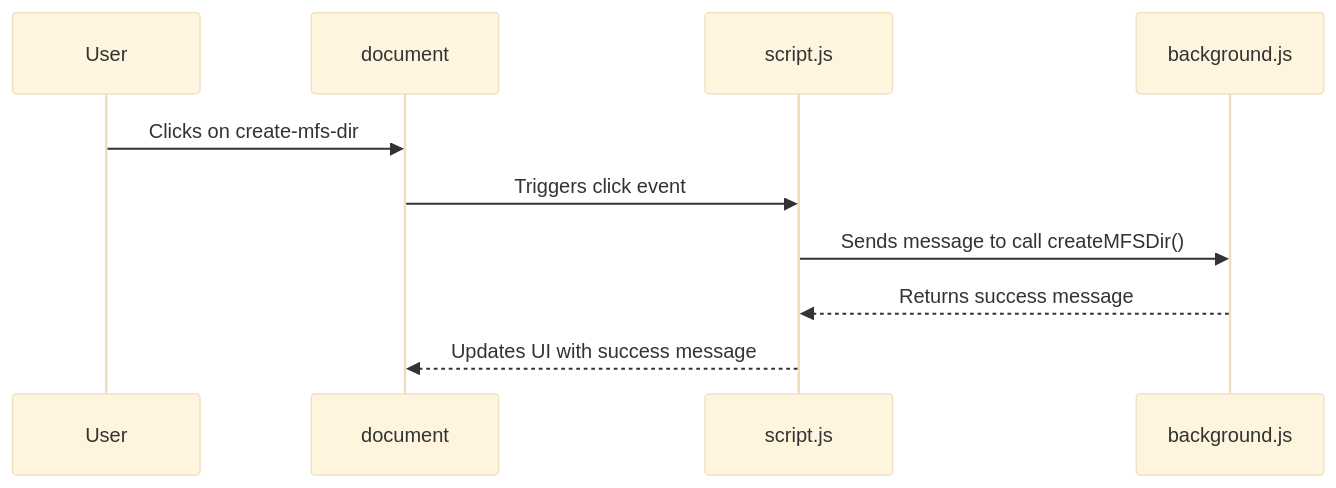
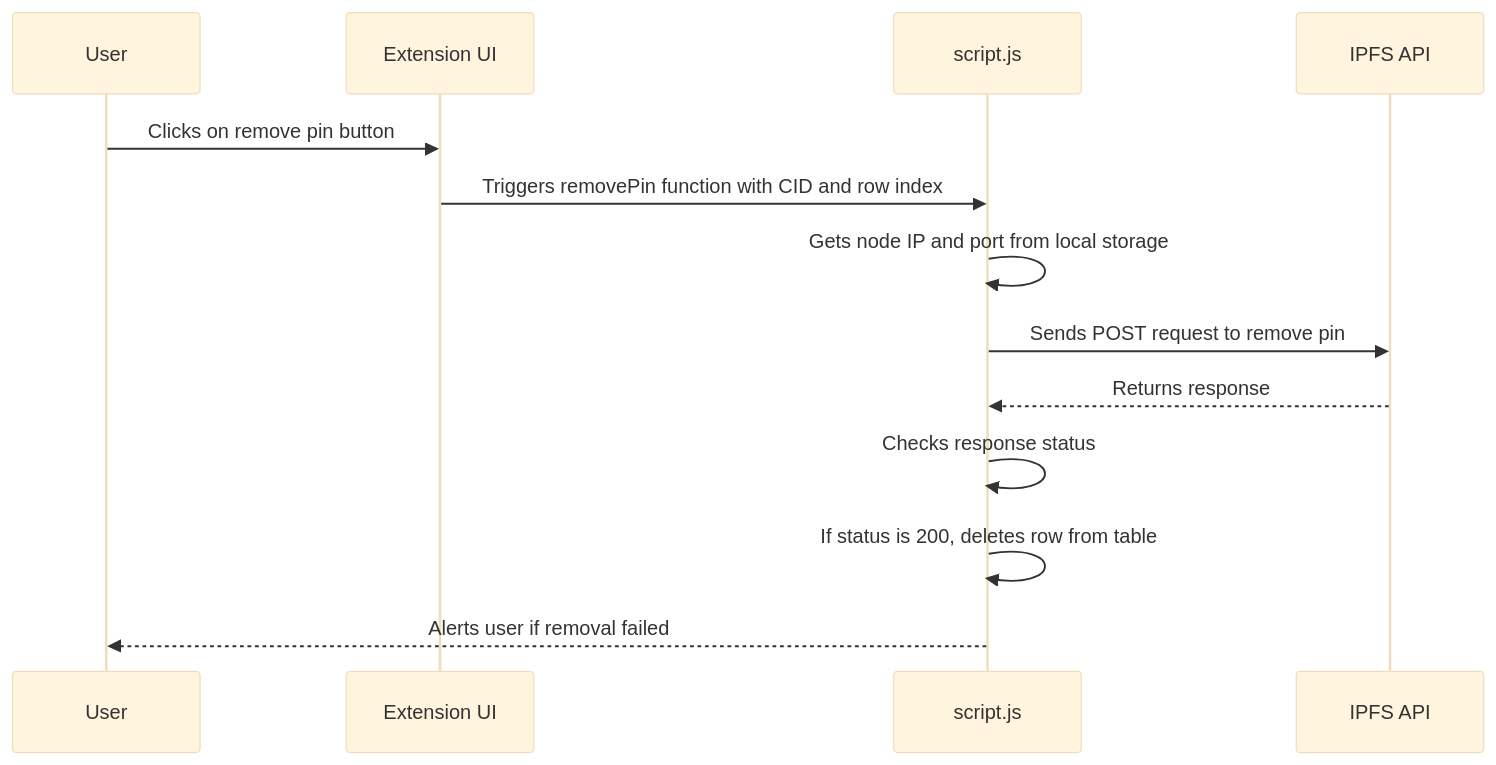
Before and after one commit to easierdata/web3-geo-extension: diagram 13 of 13 in docs/diagram.md, drawn with Mermaid (base theme). The commit also changed other lines of this file, not shown here.

Commit message:
Updated diagram with more details on the events in script.js

````diff
--- a/docs/diagram.md
+++ b/docs/diagram.md
@@ -260,12 +297,15 @@
 ```mermaid
 sequenceDiagram
     participant User
-    participant Document as document
+    participant Extension as Extension UI
     participant Script as script.js
-    participant BackgroundScript as background.js
-    User->>Document: Clicks on create-mfs-dir
-    Document->>Script: Triggers click event
-    Script->>BackgroundScript: Sends message to call createMFSDir()
-    BackgroundScript-->>Script: Returns success message
-    Script-->>Document: Updates UI with success message
+    participant API as IPFS API
+    User->>Extension: Clicks on remove pin button
+    Extension->>Script: Triggers removePin function with CID and row index
+    Script->>Script: Gets node IP and port from local storage
+    Script->>API: Sends POST request to remove pin
+    API-->>Script: Returns response
+    Script->>Script: Checks response status
+    Script->>Script: If status is 200, deletes row from table
+    Script-->>User: Alerts user if removal failed
 ```
````
